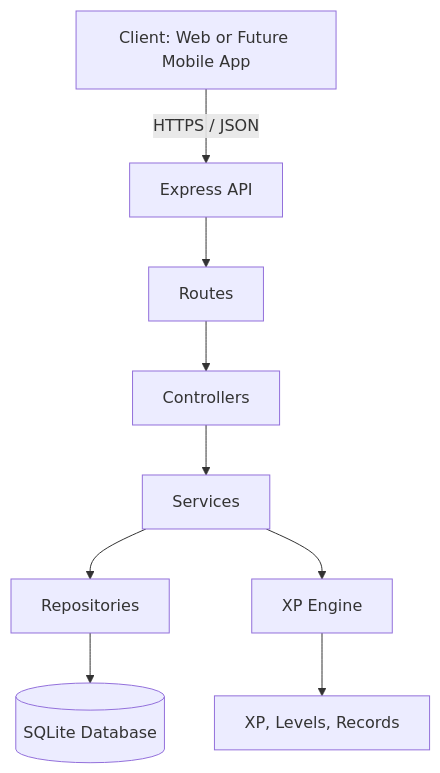
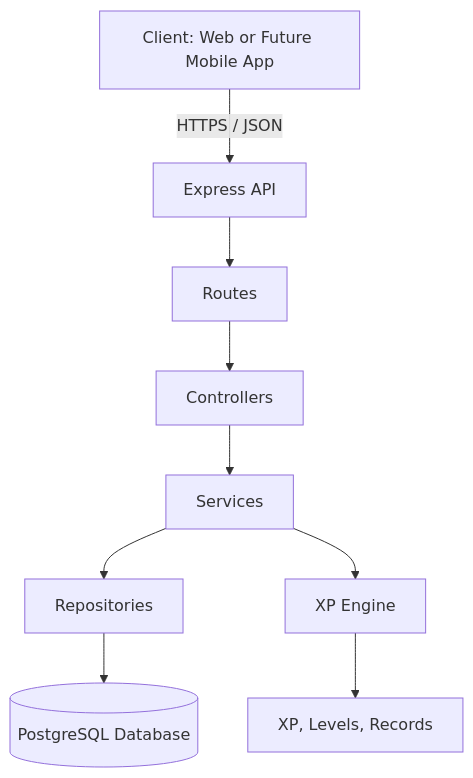
One commit to trianajuand/ownform changed the diagram in README.md. Above: the diagram before and after it, drawn with Mermaid. The commit also changed other lines of this file and 3 other files, not shown here.

Commit message:
docs: switch the database decision to PostgreSQL with Docker and fix decisions that had already been implemented

````diff
--- a/README.md
+++ b/README.md
@@ -77,14 +79,14 @@
 ```mermaid
 flowchart TD
     A[Client: Web or Future Mobile App] -->|HTTPS / JSON| B[Express API]
 
     B --> C[Routes]
     C --> D[Controllers]
     D --> E[Services]
 
     E --> F[Repositories]
-    F --> G[(SQLite Database)]
+    F --> G[(PostgreSQL Database)]
 
     E --> H[XP Engine]
     H --> I[XP, Levels, Records]
 ```
````
